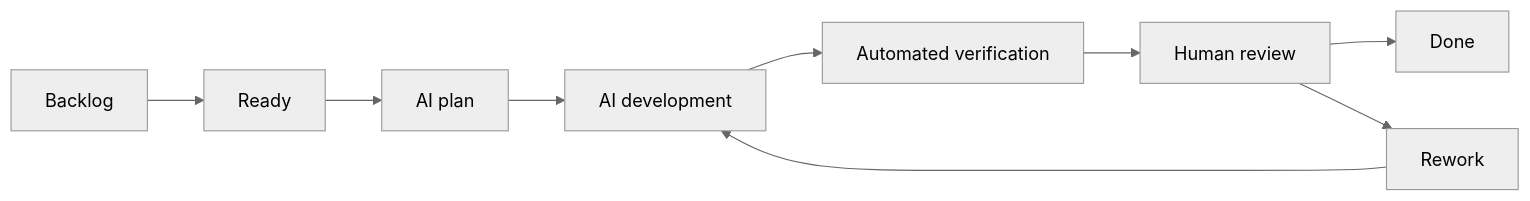
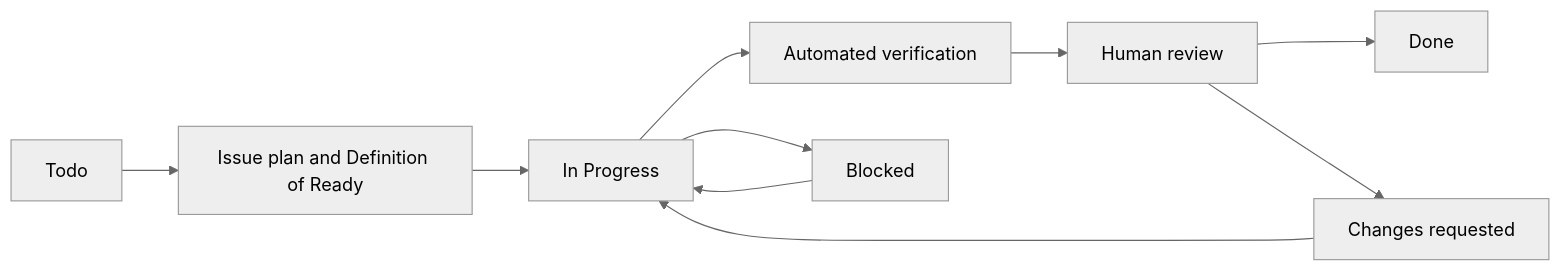
One commit to geoffrey-xiao/deprail changed the diagram in docs/03-planning/deprail-development-plan-v1.md. Above: the diagram before and after it, drawn with Mermaid (neutral theme). The commit also changed 1 other file, not shown here.

Commit message:
docs(tracking-001): define project status workflow (#50)

````diff
--- a/docs/03-planning/deprail-development-plan-v1.md
+++ b/docs/03-planning/deprail-development-plan-v1.md
@@ -26,11 +26,12 @@
 ```mermaid
 flowchart LR
-    Backlog --> Ready
-    Ready --> Plan[AI plan]
-    Plan --> Build[AI development]
+    Todo --> Plan[Issue plan and Definition of Ready]
+    Plan --> Build[In Progress]
     Build --> Verify[Automated verification]
     Verify --> Review[Human review]
     Review --> Done
-    Review --> Rework
+    Review --> Rework[Changes requested]
     Rework --> Build
+    Build --> Blocked
+    Blocked --> Build
 ```
````
